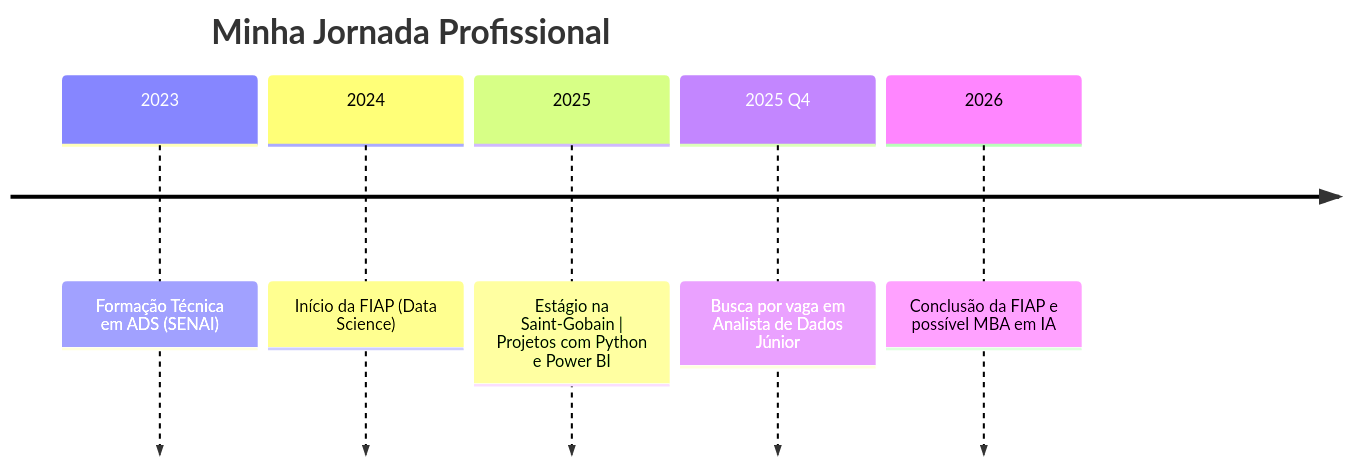
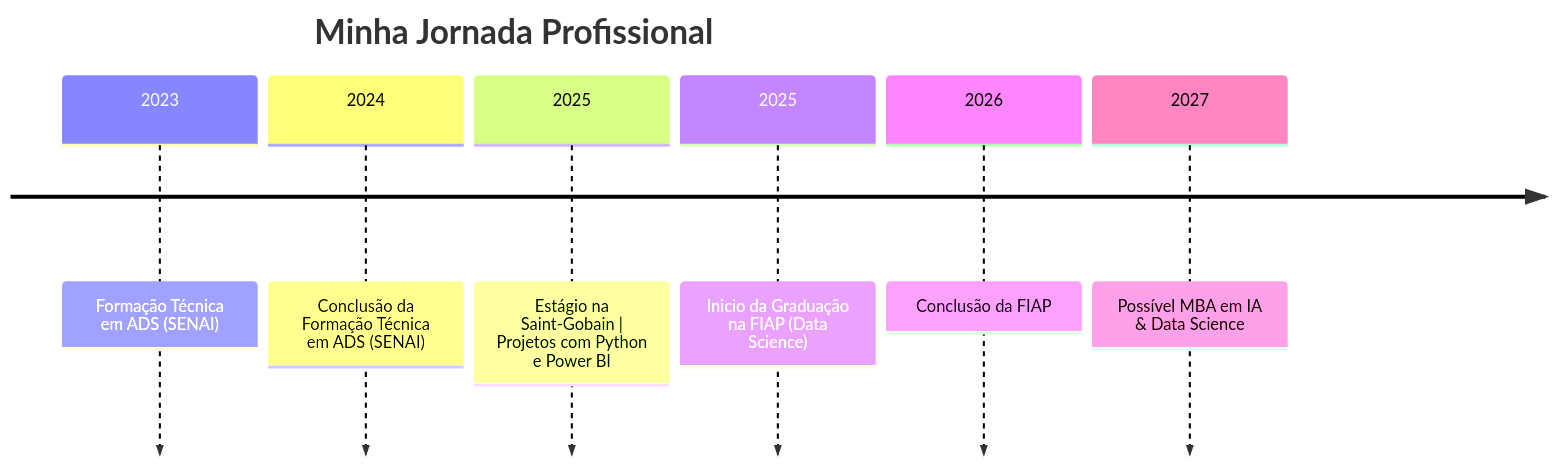
One commit to ricardohenrique1609/ricardohenrique1609 changed the diagram in README.md. Above: the diagram before and after it, drawn with Mermaid.

````diff
--- a/README.md
+++ b/README.md
@@ -38,10 +38,11 @@
 ```mermaid
 timeline
     title Minha Jornada Profissional
 
     2023 : Formação Técnica em ADS (SENAI)
-    2024 : Início da FIAP (Data Science)
+    2024 : Conclusão da Formação Técnica em ADS (SENAI)
     2025 : Estágio na Saint-Gobain | Projetos com Python e Power BI
-    2025 Q4 : Busca por vaga em Analista de Dados Júnior
-    2026 : Conclusão da FIAP e possível MBA em IA
+    2025 : Inicio da Graduação na FIAP (Data Science)
+    2026 : Conclusão da FIAP
+    2027 : Possível MBA em IA & Data Science
 ```
````
